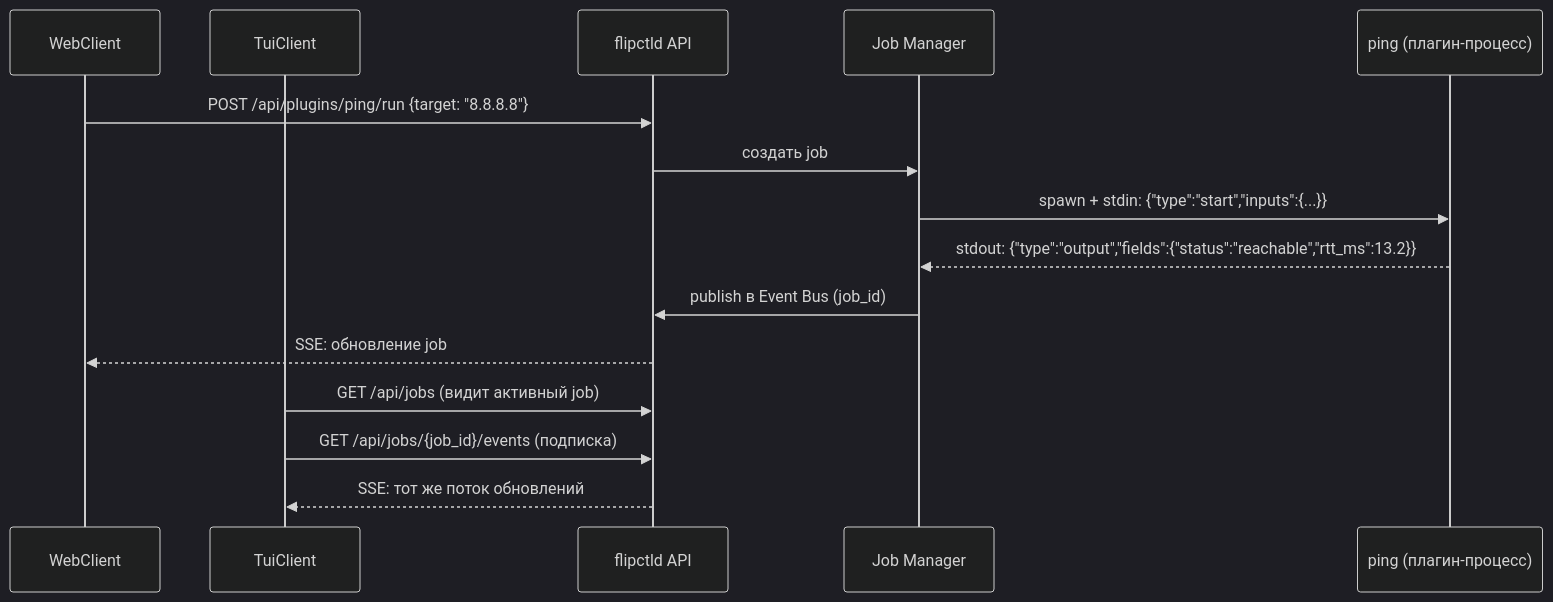
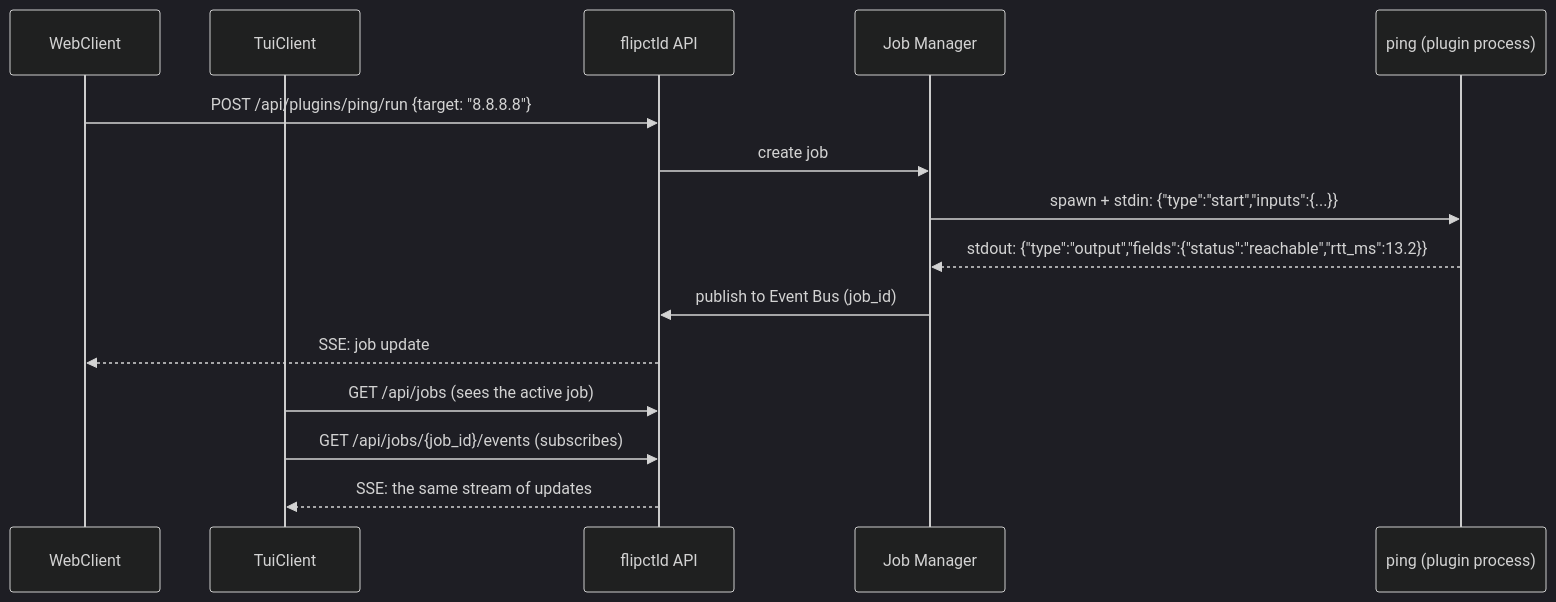
Before and after one commit to Atarity/flipctl: the fourth of 5 diagrams in backend.md, drawn with Mermaid (dark theme). The commit also changed other lines of this file and 12 other files, not shown here.

````diff
--- a/backend.md
+++ b/backend.md
@@ -300,19 +336,19 @@
 ```mermaid
 sequenceDiagram
     participant WebClient
     participant TuiClient
     participant API as flipctld API
     participant JM as Job Manager
-    participant PROC as ping (плагин-процесс)
+    participant PROC as ping (plugin process)
 
     WebClient->>API: POST /api/plugins/ping/run {target: "8.8.8.8"}
-    API->>JM: создать job
+    API->>JM: create job
     JM->>PROC: spawn + stdin: {"type":"start","inputs":{...}}
     PROC-->>JM: stdout: {"type":"output","fields":{"status":"reachable","rtt_ms":13.2}}
-    JM->>API: publish в Event Bus (job_id)
-    API-->>WebClient: SSE: обновление job
+    JM->>API: publish to Event Bus (job_id)
+    API-->>WebClient: SSE: job update
 
-    TuiClient->>API: GET /api/jobs (видит активный job)
-    TuiClient->>API: GET /api/jobs/{job_id}/events (подписка)
-    API-->>TuiClient: SSE: тот же поток обновлений
+    TuiClient->>API: GET /api/jobs (sees the active job)
+    TuiClient->>API: GET /api/jobs/{job_id}/events (subscribes)
+    API-->>TuiClient: SSE: the same stream of updates
 ```
````
